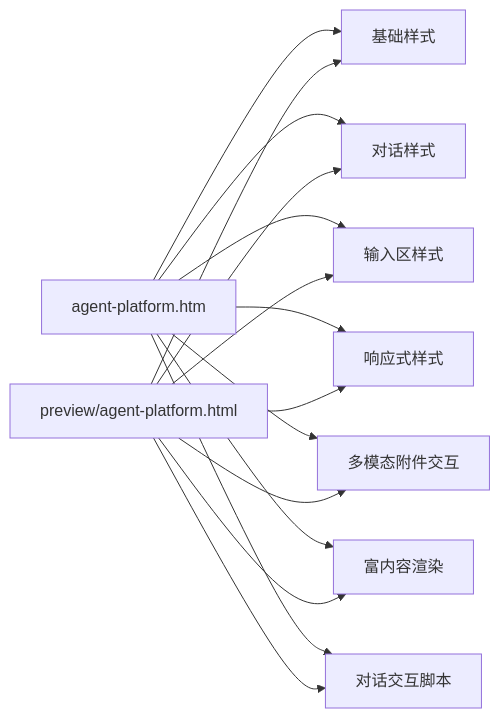
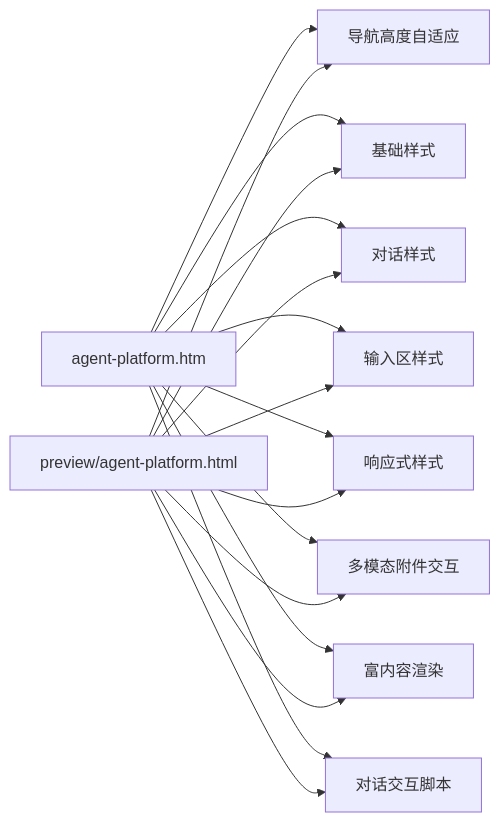
One commit to yiting001/agent changed the first of 3 diagrams in docs/modules/agent-eyoucms-page.md. Above: the diagram before and after it, drawn with Mermaid. The commit also changed other lines of this file and 6 other files, not shown here.

Commit message:
fix(eyoucms): 自动测量站点导航高度避免遮挡，快捷问题图标与文案居中对齐

````diff
--- a/docs/modules/agent-eyoucms-page.md
+++ b/docs/modules/agent-eyoucms-page.md
@@ -51,27 +52,30 @@
 ```mermaid
 flowchart LR
   Eyou[agent-platform.htm]
   Preview[preview/agent-platform.html]
   Foundation[基础样式]
   Chat[对话样式]
   Composer[输入区样式]
   Responsive[响应式样式]
   Attachments[多模态附件交互]
   Rich[富内容渲染]
   Script[对话交互脚本]
+  Layout[导航高度自适应]
 
+  Eyou --> Layout
+  Preview --> Layout
   Eyou --> Foundation
   Eyou --> Chat
   Eyou --> Composer
   Eyou --> Responsive
   Eyou --> Attachments
   Eyou --> Rich
   Eyou --> Script
   Preview --> Foundation
   Preview --> Chat
   Preview --> Composer
   Preview --> Responsive
   Preview --> Attachments
   Preview --> Rich
   Preview --> Script
 ```
````
